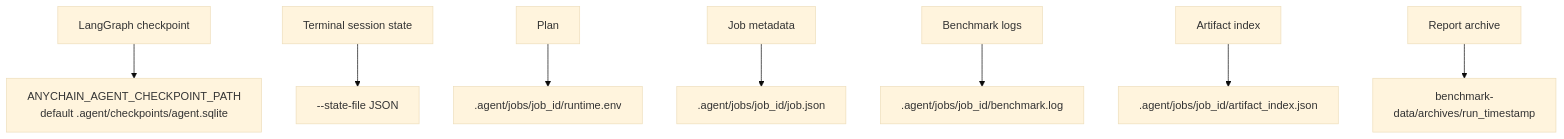
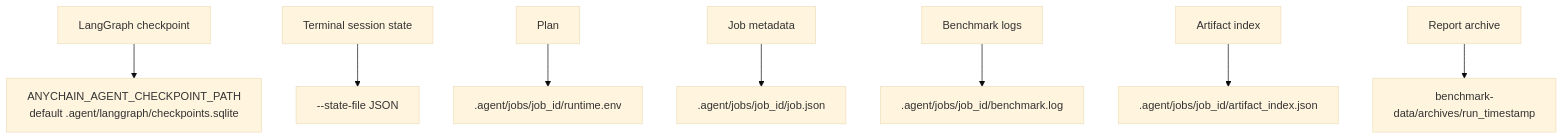
One commit to StayHungryStayFoolish/AnyChainBenchmarkAgent changed the third of 3 diagrams in docs/en/adk-agent-architecture.md. Above: the diagram before and after it, drawn with Mermaid (base theme). The commit also changed 5 other files, not shown here.

````diff
--- a/docs/en/adk-agent-architecture.md
+++ b/docs/en/adk-agent-architecture.md
@@ -145,10 +145,10 @@
 ```mermaid
 flowchart TD
-  C["LangGraph checkpoint"] --> S["ANYCHAIN_AGENT_CHECKPOINT_PATH<br/>default .agent/checkpoints/agent.sqlite"]
+  C["LangGraph checkpoint"] --> S["ANYCHAIN_AGENT_CHECKPOINT_PATH<br/>default .agent/langgraph/checkpoints.sqlite"]
   T["Terminal session state"] --> TS["--state-file JSON"]
   P["Plan"] --> E[".agent/jobs/job_id/runtime.env"]
   J["Job metadata"] --> M[".agent/jobs/job_id/job.json"]
   L["Benchmark logs"] --> LOG[".agent/jobs/job_id/benchmark.log"]
   A["Artifact index"] --> IDX[".agent/jobs/job_id/artifact_index.json"]
   R["Report archive"] --> REP["benchmark-data/archives/run_timestamp"]
 ```
````
